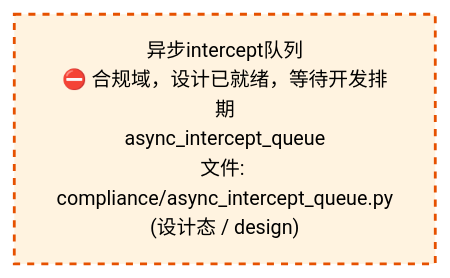
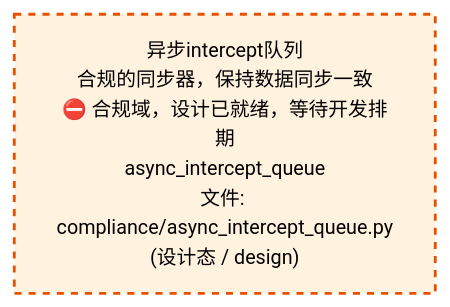
One commit to xuanFelixVan/ZephyrAlpha changed the third of 4 diagrams in docs/02_enterprise_architecture/02_domain_architecture_docs/38_d_compliance.md. Above: the diagram before and after it, drawn with Mermaid. The commit also changed other lines of this file and 62 other files, not shown here.

````diff
--- a/docs/02_enterprise_architecture/02_domain_architecture_docs/38_d_compliance.md
+++ b/docs/02_enterprise_architecture/02_domain_architecture_docs/38_d_compliance.md
@@ -109,10 +109,10 @@
 ```mermaid
 %%{init: {'theme': 'base', 'themeVariables': {'primaryColor': '#eaeaea', 'primaryTextColor': '#333333', 'primaryBorderColor': '#666666', 'lineColor': '#666666', 'secondaryColor': '#eaeaea', 'tertiaryColor': '#eaeaea', 'fontSize': '14px'}}}%%
 flowchart TD
-    src_zephyr_compliance_async_intercept_queue_py["异步intercept队列<br/>⛔ 合规域，设计已就绪，等待开发排期<br/>async_intercept_queue<br/>文件: compliance/async_intercept_queue.py<br/>(设计态 / design)"]
+    src_zephyr_compliance_async_intercept_queue_py["异步intercept队列<br/>合规的同步器，保持数据同步一致<br/>⛔ 合规域，设计已就绪，等待开发排期<br/>async_intercept_queue<br/>文件: compliance/async_intercept_queue.py<br/>(设计态 / design)"]
     classDef production fill:#e1f5fe,stroke:#01579b,stroke-width:2px,color:#000
     classDef design fill:#fff3e0,stroke:#e65100,stroke-width:2px,color:#000,stroke-dasharray: 5 5
     classDef external_prod fill:#e8f4fd,stroke:#0277bd,stroke-width:1px,color:#000
     classDef external_design fill:#fff8e7,stroke:#ef6c00,stroke-width:1px,color:#000,stroke-dasharray: 5 5
     class src_zephyr_compliance_async_intercept_queue_py design
 ```
````
